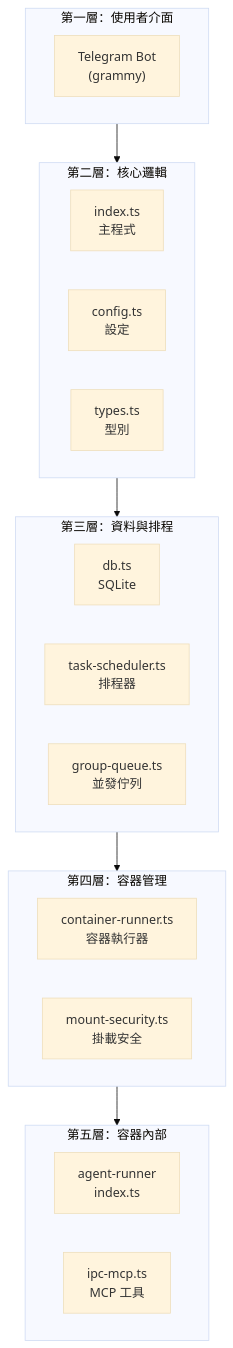
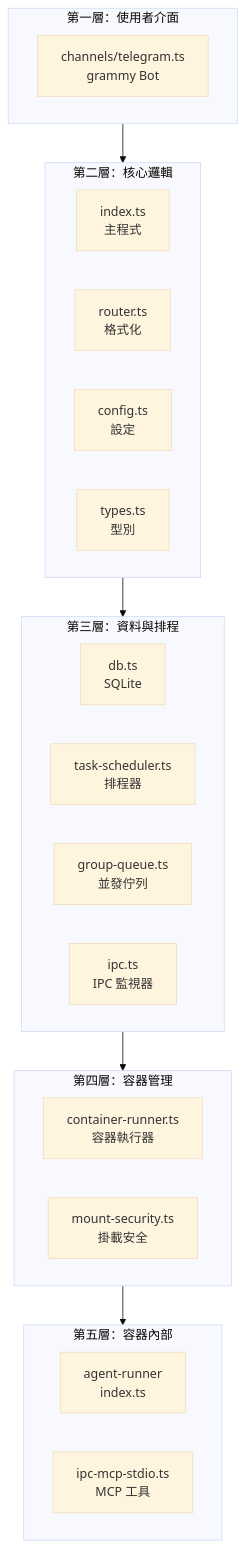
Before and after one commit to shunwork/nanoclaw: the fourth of 39 diagrams in tutorial/TUTORIAL.md, drawn with Mermaid (base theme). The commit also changed other lines of this file and 18 other files, not shown here.

````diff
--- a/tutorial/TUTORIAL.md
+++ b/tutorial/TUTORIAL.md
@@ -157,33 +161,35 @@
 ```mermaid
 graph TB
     subgraph L1["第一層：使用者介面"]
-        Telegram["Telegram Bot<br>(grammy)"]
+        Telegram["channels/telegram.ts<br>grammy Bot"]
     end
 
     subgraph L2["第二層：核心邏輯"]
         Index["index.ts<br>主程式"]
+        RouterM["router.ts<br>格式化"]
         Config["config.ts<br>設定"]
         Types["types.ts<br>型別"]
     end
 
     subgraph L3["第三層：資料與排程"]
         DB2["db.ts<br>SQLite"]
         TaskSched["task-scheduler.ts<br>排程器"]
         GQueue["group-queue.ts<br>並發佇列"]
+        IPCM["ipc.ts<br>IPC 監視器"]
     end
 
     subgraph L4["第四層：容器管理"]
         CRunner["container-runner.ts<br>容器執行器"]
         MSec["mount-security.ts<br>掛載安全"]
     end
 
     subgraph L5["第五層：容器內部"]
         ARunner["agent-runner<br>index.ts"]
-        IPCMCP["ipc-mcp.ts<br>MCP 工具"]
+        IPCMCP["ipc-mcp-stdio.ts<br>MCP 工具"]
     end
 
     L1 --> L2
     L2 --> L3
     L3 --> L4
     L4 --> L5
 ```
````
